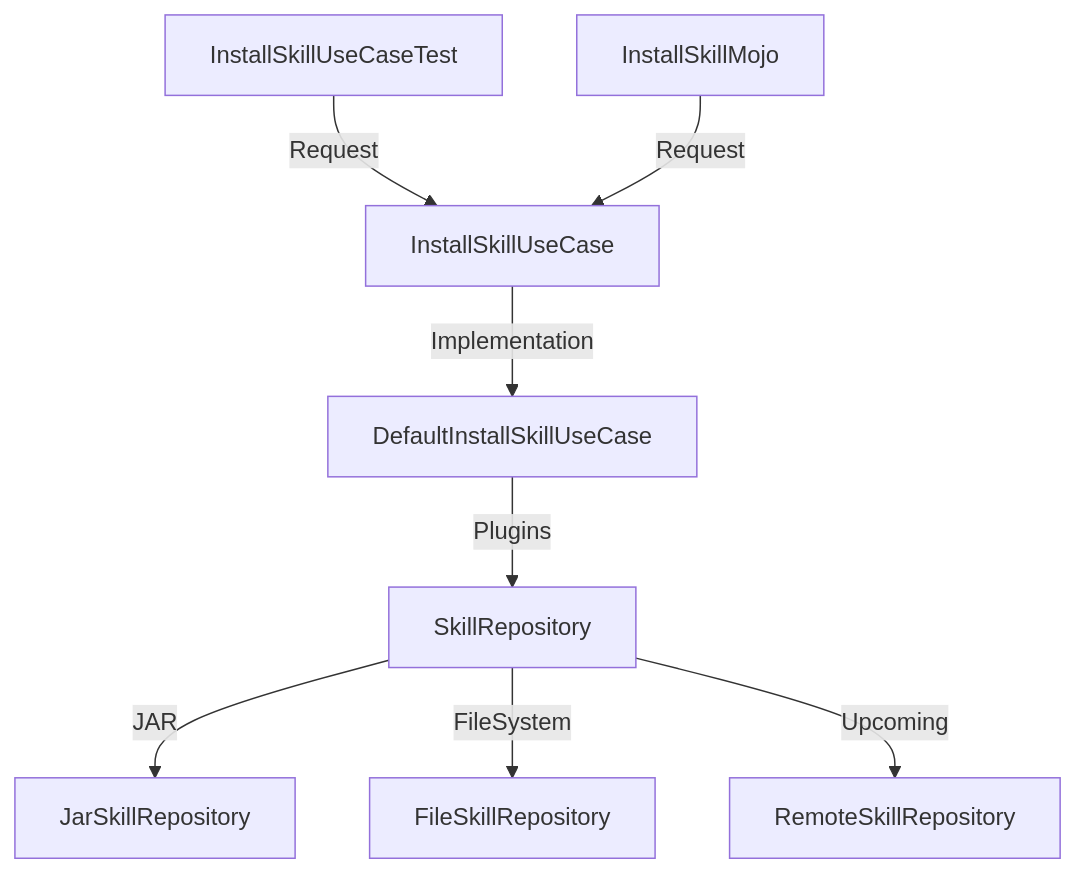
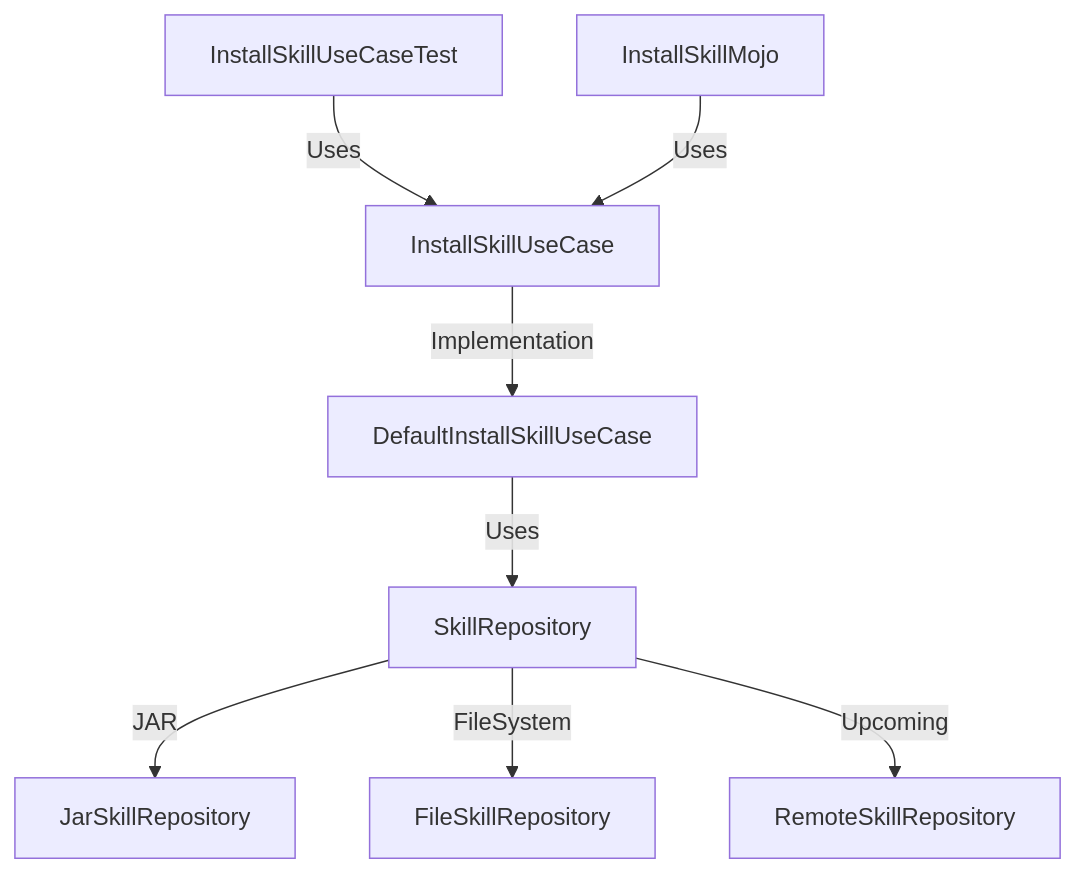
One commit to kodyli/clean changed the diagram in clean-skills/README.md. Above: the diagram before and after it, drawn with Mermaid.

Commit message:
docs: update diagram edge labels to Uses

````diff
--- a/clean-skills/README.md
+++ b/clean-skills/README.md
@@ -16,10 +16,10 @@
 ```mermaid
 graph TD
-    Test[InstallSkillUseCaseTest] -->|Request| UseCase[InstallSkillUseCase]
-    Mojo[InstallSkillMojo] -->|Request| UseCase[InstallSkillUseCase]
+    Test[InstallSkillUseCaseTest] -->|Uses| UseCase[InstallSkillUseCase]
+    Mojo[InstallSkillMojo] -->|Uses| UseCase[InstallSkillUseCase]
     UseCase -->|Implementation| DefaultUseCase[DefaultInstallSkillUseCase]
-    DefaultUseCase -->|Plugins| SkillRepo[SkillRepository]
+    DefaultUseCase -->|Uses| SkillRepo[SkillRepository]
     SkillRepo -->|JAR| JarRepo[JarSkillRepository]
     SkillRepo -->|FileSystem| FileRepo[FileSkillRepository]
     SkillRepo -->|Upcoming| RemoteRepo[RemoteSkillRepository]
 ```
````
